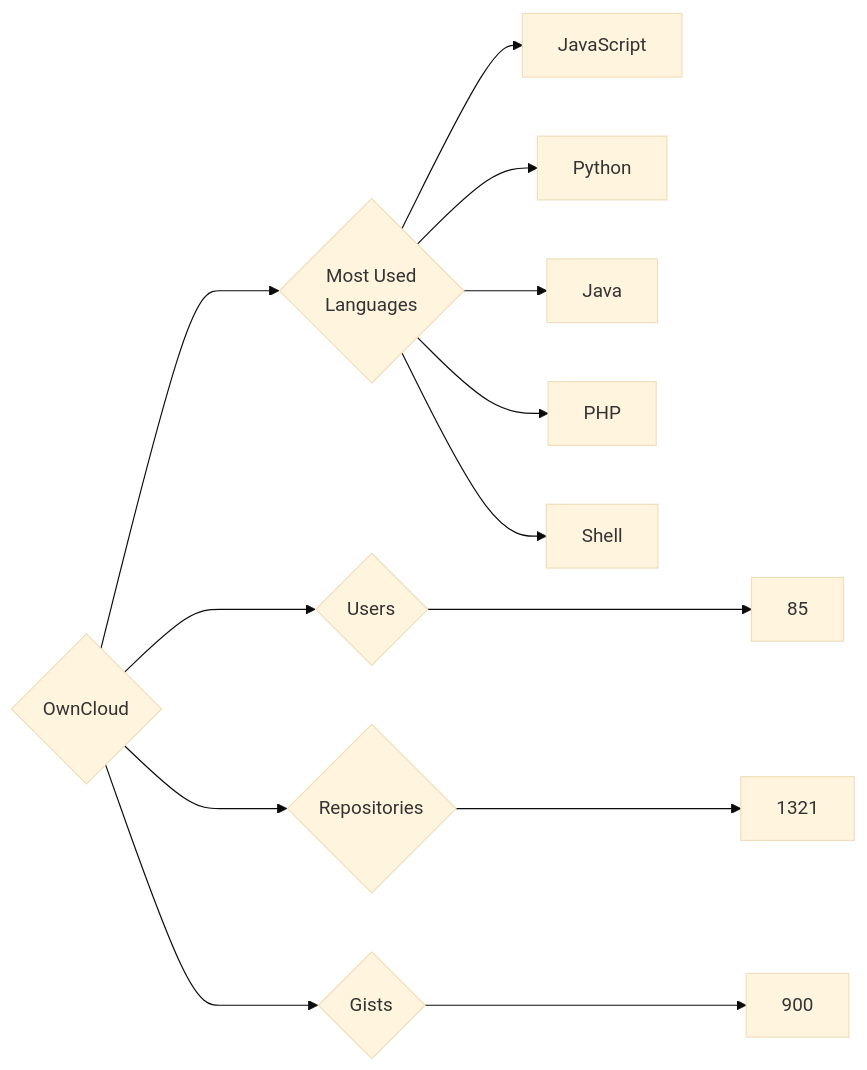
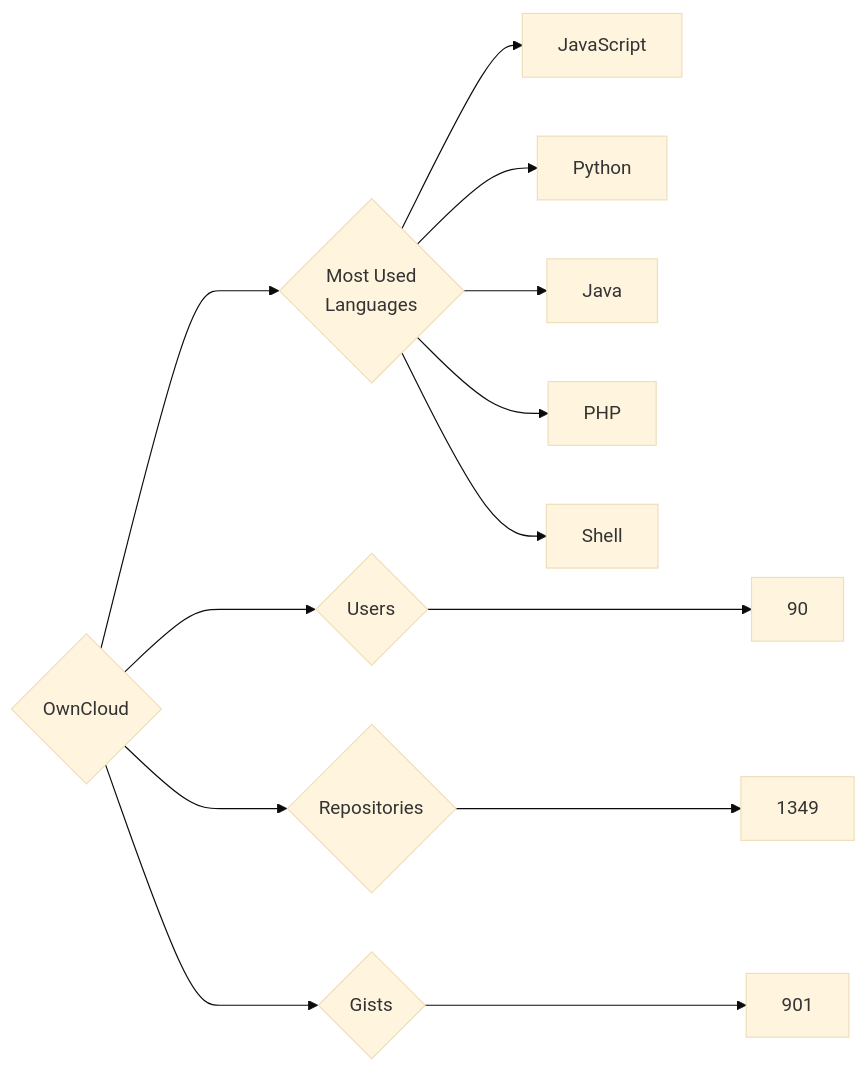
Before and after one commit to trickest/insiders: the diagram in targets/OwnCloud/README.md, drawn with Mermaid (base theme). The commit also changed 940 other files, not shown here.

````diff
--- a/targets/OwnCloud/README.md
+++ b/targets/OwnCloud/README.md
@@ -3,13 +3,13 @@
 ```mermaid
 graph LR
 COMPANY_NAME{OwnCloud}
-COMPANY_NAME ---> U{Users} ---> UN[85]
-COMPANY_NAME ---> R{Repositories} ---> RN[1321]
-COMPANY_NAME ---> G{Gists} ---> GN[900]
+COMPANY_NAME ---> U{Users} ---> UN[90]
+COMPANY_NAME ---> R{Repositories} ---> RN[1349]
+COMPANY_NAME ---> G{Gists} ---> GN[901]
 COMPANY_NAME ---> ML{Most Used<br>Languages}
 ML --> JavaScript[JavaScript]
 ML --> Python[Python]
 ML --> Java[Java]
 ML --> PHP[PHP]
 ML --> Shell[Shell]
 ```
````
